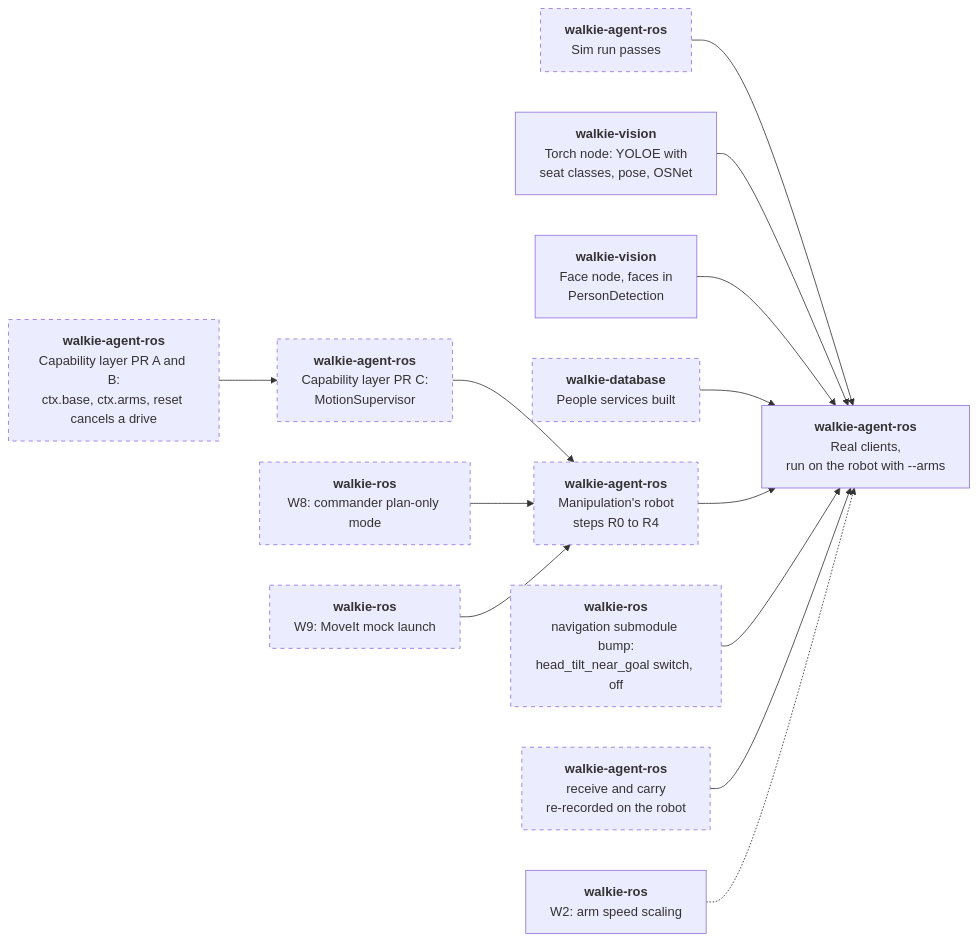
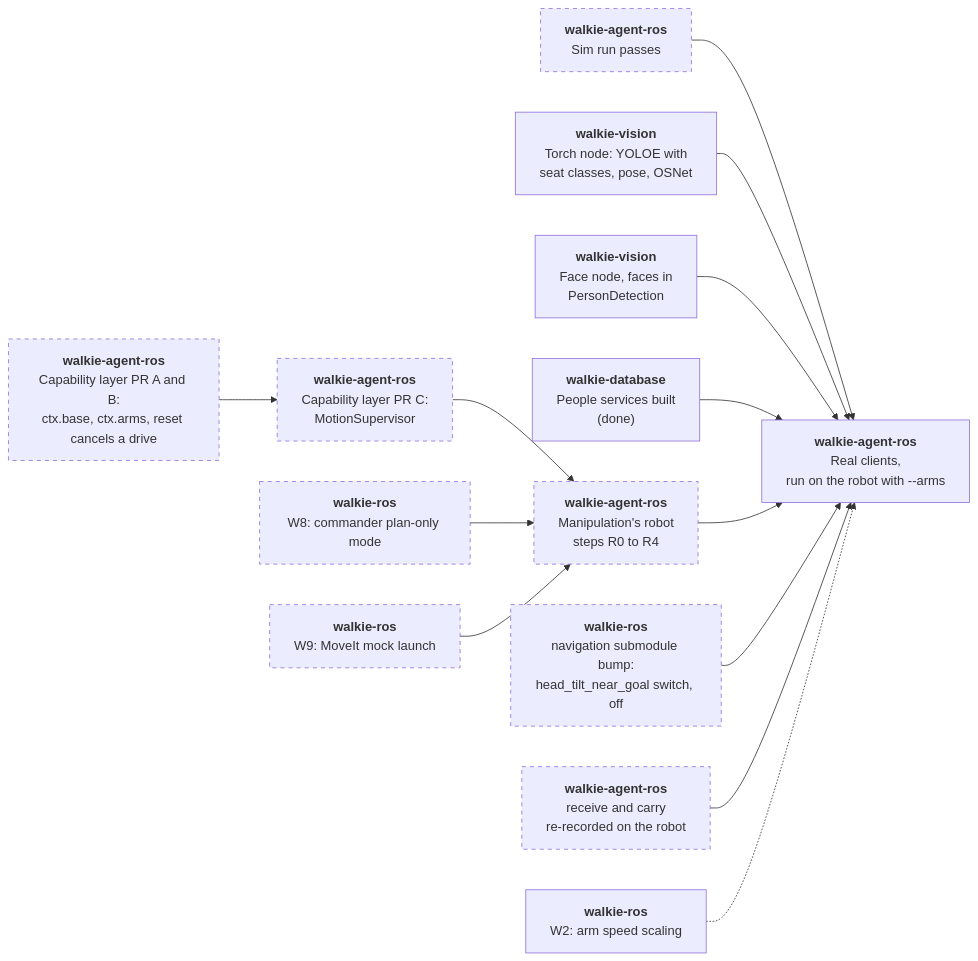
One commit to EIC-Robocup-2026/walkie-agent-ros changed the fourth of 4 diagrams in docs/architecture/hri.md. Above: the diagram before and after it, drawn with Mermaid. The commit also changed other lines of this file and 21 other files, not shown here.

First line of the commit message:
feat: remember and recognise people through walkie-database's people services

````diff
--- a/docs/architecture/hri.md
+++ b/docs/architecture/hri.md
@@ -917,31 +919,31 @@
 ```mermaid
 flowchart LR
     t["<b>walkie-agent-ros</b><br/>Sim run passes"]:::proposed
     v1["<b>walkie-vision</b><br/>Torch node: YOLOE with<br/>seat classes, pose, OSNet"]
     v2["<b>walkie-vision</b><br/>Face node, faces in<br/>PersonDetection"]
-    d3["<b>walkie-database</b><br/>People services built"]:::proposed
+    d3["<b>walkie-database</b><br/>People services built<br/>(done)"]
     cb["<b>walkie-agent-ros</b><br/>Capability layer PR A and B:<br/>ctx.base, ctx.arms, reset cancels a drive"]:::proposed
     ac["<b>walkie-agent-ros</b><br/>Capability layer PR C:<br/>MotionSupervisor"]:::proposed
     ht["<b>walkie-ros</b><br/>navigation submodule bump:<br/>head_tilt_near_goal switch, off"]:::proposed
     w8["<b>walkie-ros</b><br/>W8: commander plan-only mode"]:::proposed
     w9["<b>walkie-ros</b><br/>W9: MoveIt mock launch"]:::proposed
     rs["<b>walkie-agent-ros</b><br/>Manipulation's robot<br/>steps R0 to R4"]:::proposed
     rp["<b>walkie-agent-ros</b><br/>receive and carry<br/>re-recorded on the robot"]:::proposed
     w2["<b>walkie-ros</b><br/>W2: arm speed scaling"]
     r["<b>walkie-agent-ros</b><br/>Real clients,<br/>run on the robot with --arms"]
 
     t --> r
     v1 --> r
     v2 --> r
     d3 --> r
     cb --> ac
     ac --> rs
     w8 --> rs
     w9 --> rs
     rs --> r
     ht --> r
     rp --> r
     w2 -.-> r
 
     classDef proposed stroke-dasharray: 5 5;
 ```
````
